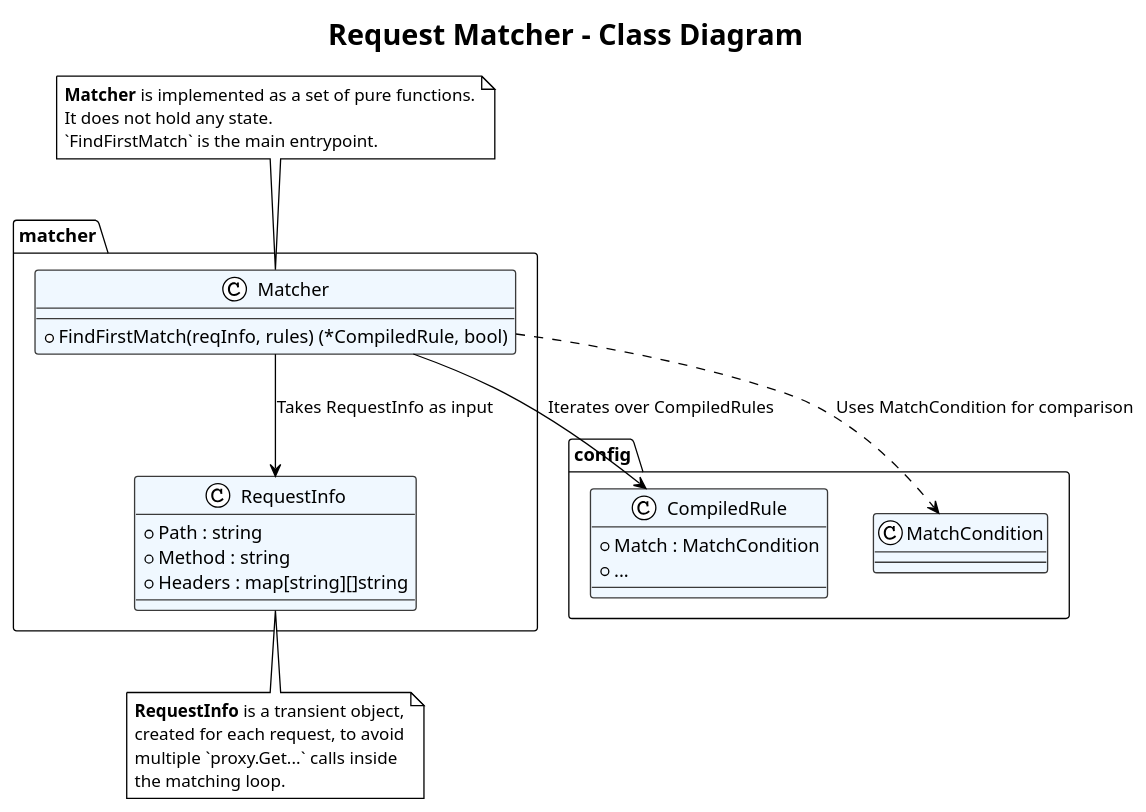
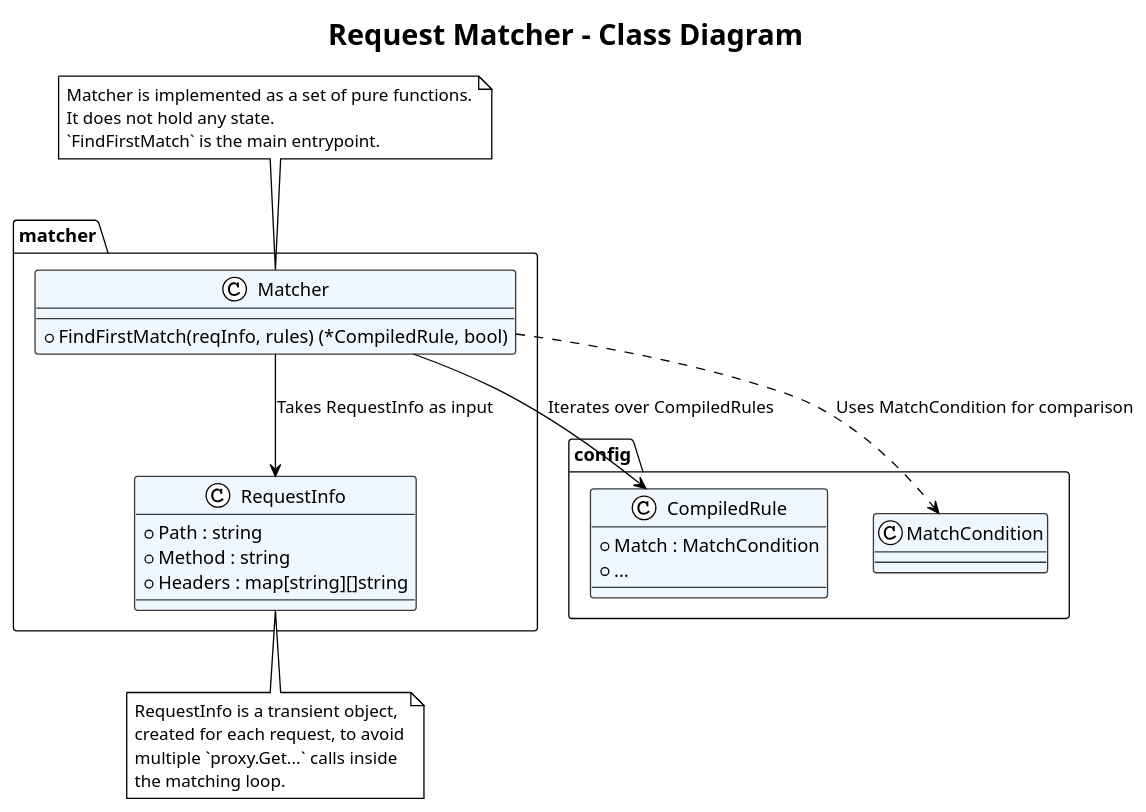
Before and after one commit to kalahetun/Minesweeper: the sixth of 9 diagrams in executor/docs/design_doc/Design_2_Wasm_plugin.md, drawn with PlantUML. The commit also changed other lines of this file and 27 other files, not shown here.

````diff
--- a/executor/docs/design_doc/Design_2_Wasm_plugin.md
+++ b/executor/docs/design_doc/Design_2_Wasm_plugin.md
@@ -427,52 +427,52 @@
 ```plantuml
 @startuml
 !theme plain
 skinparam class {
     BorderColor #3A3A3A
     BackgroundColor #AliceBlue
 }
 skinparam interface {
     BorderColor #3A3A3A
     BackgroundColor #LightYellow
 }
 
 title Request Matcher - Class Diagram
 
 package "matcher" {
     class "Matcher" as M {
         + FindFirstMatch(reqInfo, rules) (*CompiledRule, bool)
     }
 
     class "RequestInfo" as RI {
         + Path : string
         + Method : string
         + Headers : map[string][]string
     }
 }
 
 package "config" {
     class "CompiledRule" as CR {
         + Match : MatchCondition
         + ...
     }
     class "MatchCondition" as MC
 }
 
 M --> RI : Takes RequestInfo as input
 M --> CR : Iterates over CompiledRules
 M ..> MC : Uses MatchCondition for comparison
 
 note top of M
-  **Matcher** is implemented as a set of pure functions.
+  Matcher is implemented as a set of pure functions.
   It does not hold any state.
   `FindFirstMatch` is the main entrypoint.
 end note
 
 note bottom of RI
-  **RequestInfo** is a transient object,
+  RequestInfo is a transient object,
   created for each request, to avoid
   multiple `proxy.Get...` calls inside
   the matching loop.
 end note
 @enduml
 ```
````
